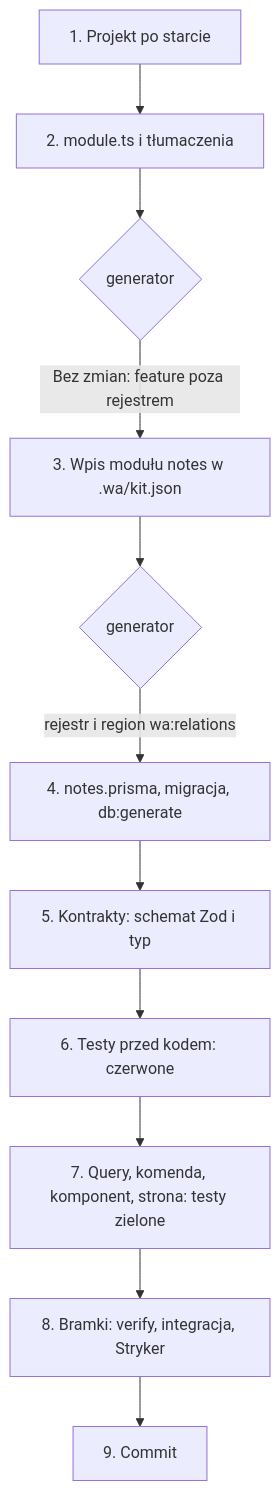
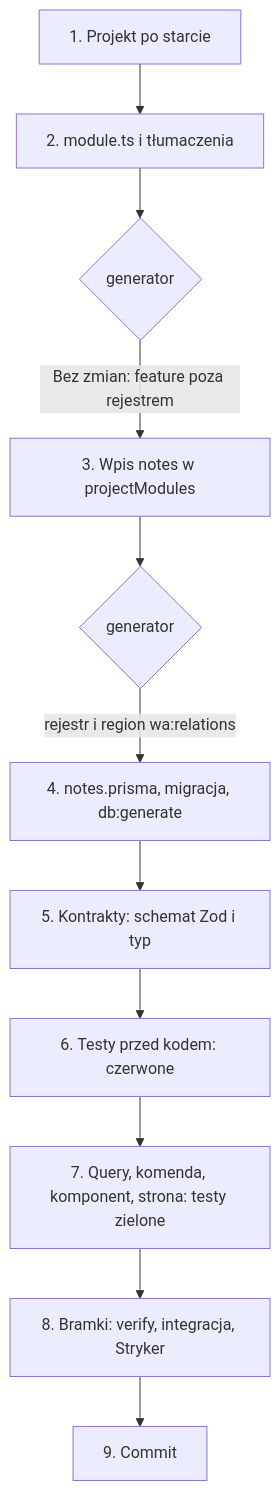
One commit to webamigos/gatojs changed the diagram in docs/09-nowy-modul.md. Above: the diagram before and after it, drawn with Mermaid. The commit also changed other lines of this file and 8 other files, not shown here.

Commit message:
docs: describe projectModules for project features

````diff
--- a/docs/09-nowy-modul.md
+++ b/docs/09-nowy-modul.md
@@ -71,13 +70,13 @@
 ```mermaid
 flowchart TD
     s1["1. Projekt po starcie"] --> s2["2. module.ts i tłumaczenia"]
     s2 --> g1{"generator"}
-    g1 -->|"Bez zmian: feature poza rejestrem"| s3["3. Wpis modułu notes w .wa/kit.json"]
+    g1 -->|"Bez zmian: feature poza rejestrem"| s3["3. Wpis notes w projectModules"]
     s3 --> g2{"generator"}
     g2 -->|"rejestr i region wa:relations"| s4["4. notes.prisma, migracja, db:generate"]
     s4 --> s5["5. Kontrakty: schemat Zod i typ"]
     s5 --> s6["6. Testy przed kodem: czerwone"]
     s6 --> s7["7. Query, komenda, komponent, strona: testy zielone"]
     s7 --> s8["8. Bramki: verify, integracja, Stryker"]
     s8 --> s9["9. Commit"]
 ```
````
